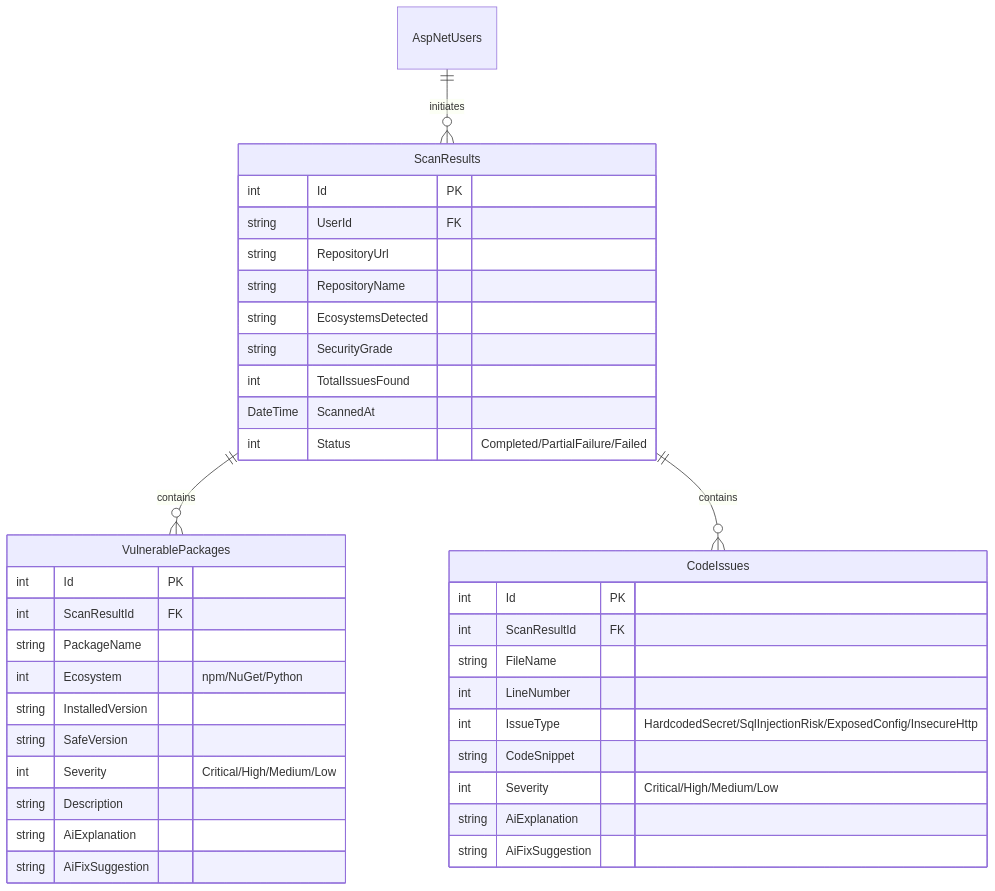
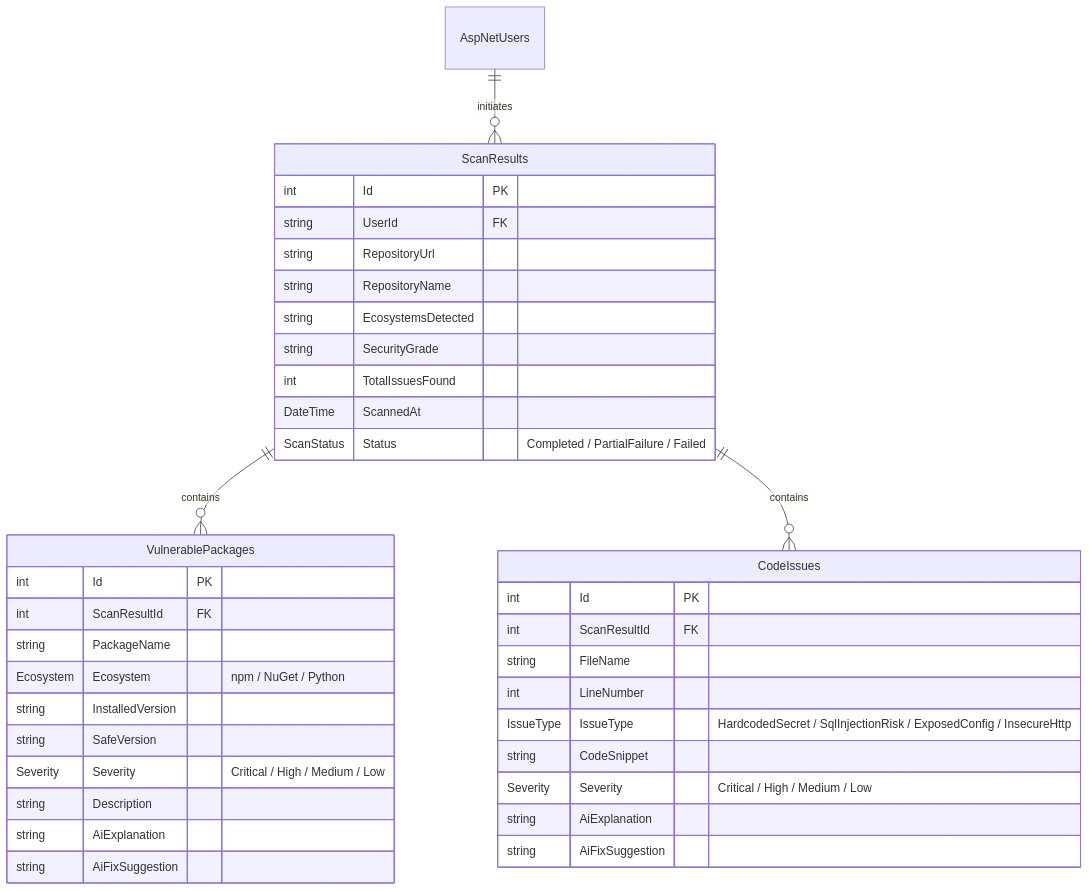
One commit to hendrix-llouchi/CodeShield changed the diagram in README.md. Above: the diagram before and after it, drawn with Mermaid. The commit also changed other lines of this file and 3 other files, not shown here.

````diff
--- a/README.md
+++ b/README.md
@@ -56,43 +110,43 @@
 ```mermaid
 erDiagram
     AspNetUsers ||--o{ ScanResults : "initiates"
     ScanResults ||--o{ VulnerablePackages : "contains"
     ScanResults ||--o{ CodeIssues : "contains"
 
     ScanResults {
         int Id PK
         string UserId FK
         string RepositoryUrl
         string RepositoryName
         string EcosystemsDetected
         string SecurityGrade
         int TotalIssuesFound
         DateTime ScannedAt
-        int Status "Completed/PartialFailure/Failed"
+        ScanStatus Status "Completed / PartialFailure / Failed"
     }
 
     VulnerablePackages {
         int Id PK
         int ScanResultId FK
         string PackageName
-        int Ecosystem "npm/NuGet/Python"
+        Ecosystem Ecosystem "npm / NuGet / Python"
         string InstalledVersion
         string SafeVersion
-        int Severity "Critical/High/Medium/Low"
+        Severity Severity "Critical / High / Medium / Low"
         string Description
         string AiExplanation
         string AiFixSuggestion
     }
 
     CodeIssues {
         int Id PK
         int ScanResultId FK
         string FileName
         int LineNumber
-        int IssueType "HardcodedSecret/SqlInjectionRisk/ExposedConfig/InsecureHttp"
+        IssueType IssueType "HardcodedSecret / SqlInjectionRisk / ExposedConfig / InsecureHttp"
         string CodeSnippet
-        int Severity "Critical/High/Medium/Low"
+        Severity Severity "Critical / High / Medium / Low"
         string AiExplanation
         string AiFixSuggestion
     }
 ```
````
